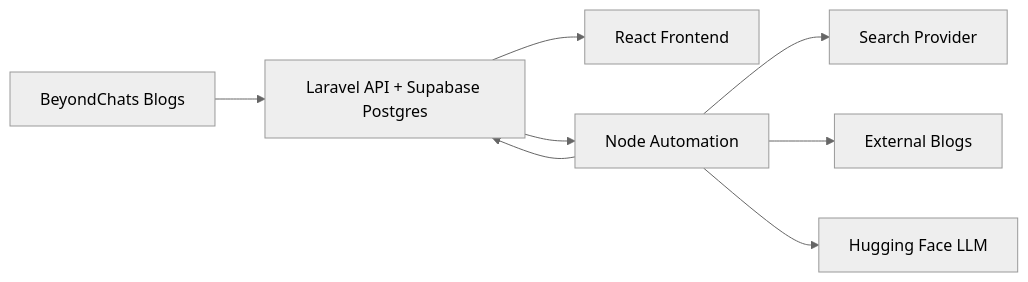
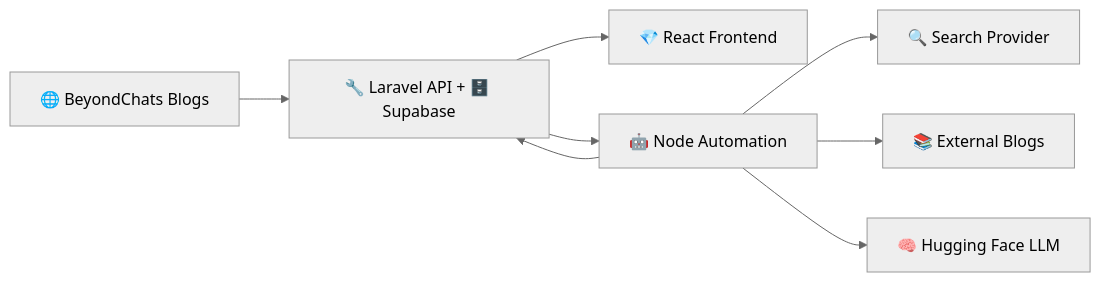
The diagram in README.md (AdiCoder33/BeyondChats-Assignment), drawn with Mermaid (neutral theme) before and after one commit. The commit also changed other lines of this file, not shown here.

````diff
--- a/README.md
+++ b/README.md
@@ -120,10 +257,10 @@
 ```mermaid
 flowchart LR
-    A[BeyondChats Blogs] --> B[Laravel API + Supabase Postgres]
-    B --> C[React Frontend]
-    B --> D[Node Automation]
-    D --> E[Search Provider]
-    D --> F[External Blogs]
-    D --> G[Hugging Face LLM]
+    A[🌐 BeyondChats Blogs] --> B[🔧 Laravel API + 🗄️ Supabase]
+    B --> C[💎 React Frontend]
+    B --> D[🤖 Node Automation]
+    D --> E[🔍 Search Provider]
+    D --> F[📚 External Blogs]
+    D --> G[🧠 Hugging Face LLM]
     D --> B
 ```
````
